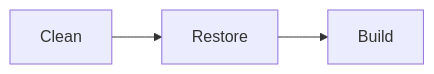
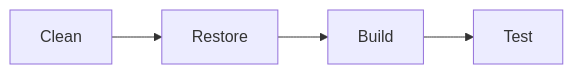
The diagram in Readme.md (Cheranga/demo.nuke), drawn with Mermaid before and after one commit. The commit also changed 2 other files, not shown here.

Commit message:
chore: adding initial tests

````diff
--- a/Readme.md
+++ b/Readme.md
@@ -21,5 +21,6 @@
 ```mermaid
 flowchart LR
     Clean --> Restore
     Restore --> Build
+    Build --> Test
 ```
````
